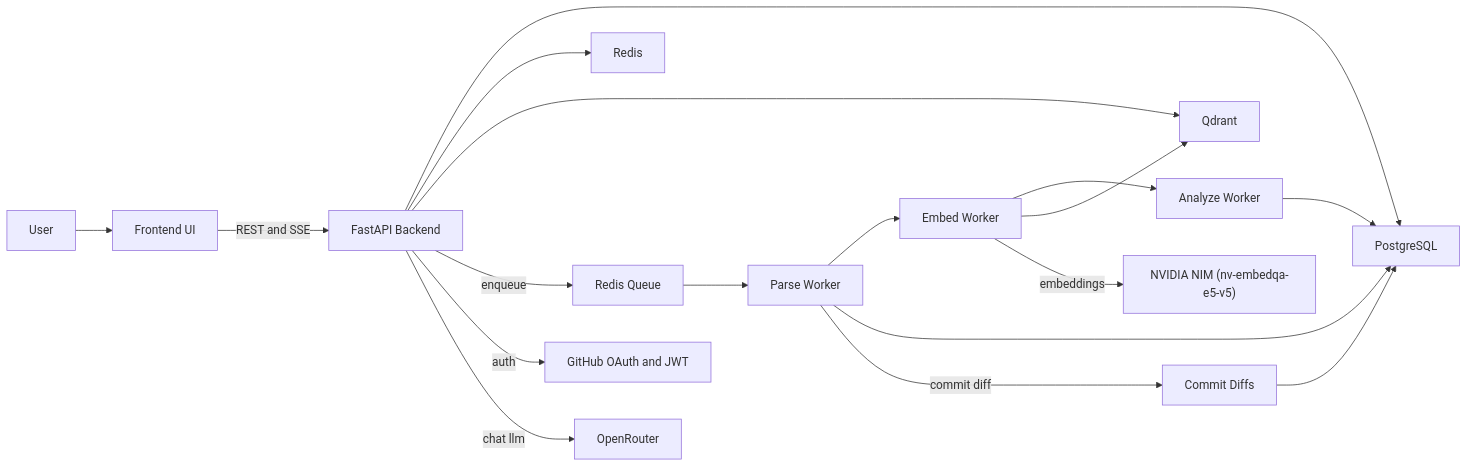
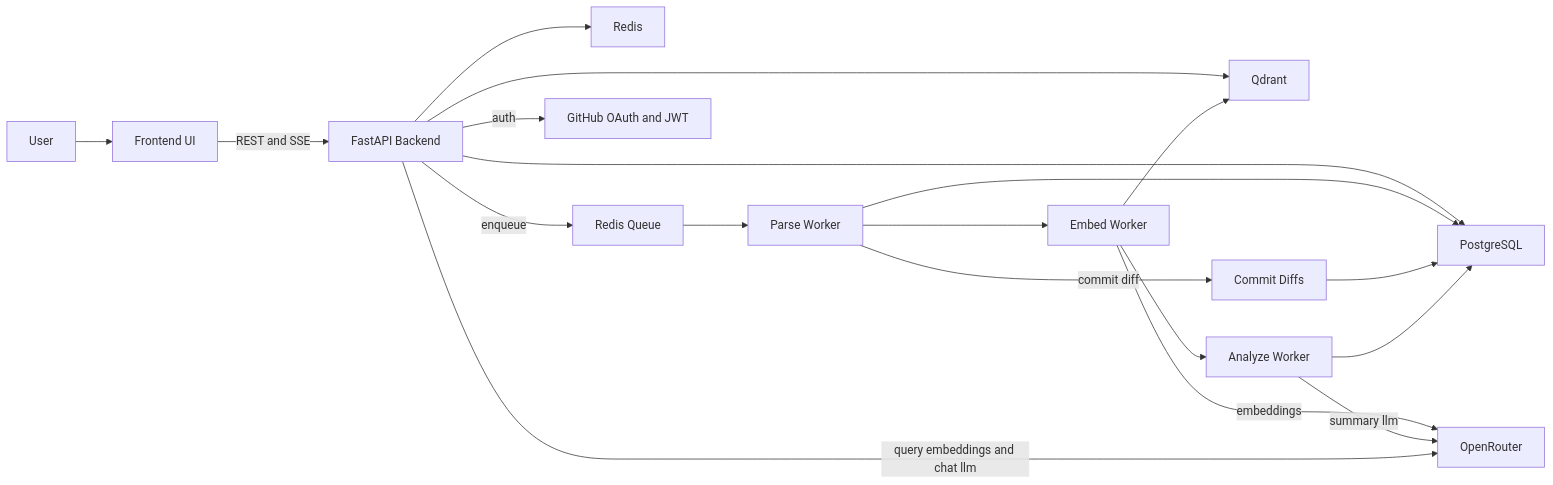
One commit to atikulmunna/devlens-fullstack changed the diagram in README.md. Above: the diagram before and after it, drawn with Mermaid. The commit also changed other lines of this file and 12 other files, not shown here.

First line of the commit message:
fix(embeddings): move off the retired NIM model to OpenRouter

````diff
--- a/README.md
+++ b/README.md
@@ -44,24 +44,25 @@
 ```mermaid
 flowchart LR
   user["User"] --> frontend["Frontend UI"]
   frontend -->|REST and SSE| backend["FastAPI Backend"]
 
   backend --> postgres["PostgreSQL"]
   backend --> redis["Redis"]
   backend --> qdrant["Qdrant"]
 
   backend -->|enqueue| queue["Redis Queue"]
   queue --> parse["Parse Worker"]
   parse --> embed["Embed Worker"]
   embed --> analyze["Analyze Worker"]
 
   parse --> postgres
   parse -->|commit diff| diff["Commit Diffs"]
   diff --> postgres
   embed --> qdrant
   analyze --> postgres
 
-  embed -->|embeddings| nim["NVIDIA NIM (nv-embedqa-e5-v5)"]
+  embed -->|embeddings| openrouter["OpenRouter"]
+  analyze -->|summary llm| openrouter
   backend -->|auth| auth["GitHub OAuth and JWT"]
-  backend -->|chat llm| llm["OpenRouter"]
+  backend -->|query embeddings and chat llm| openrouter
 ```
````
